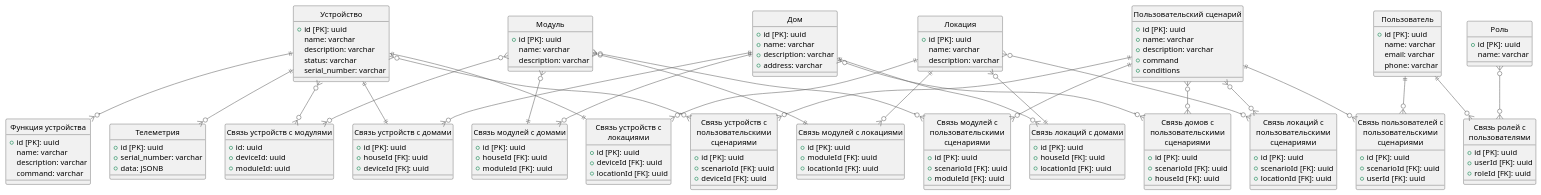
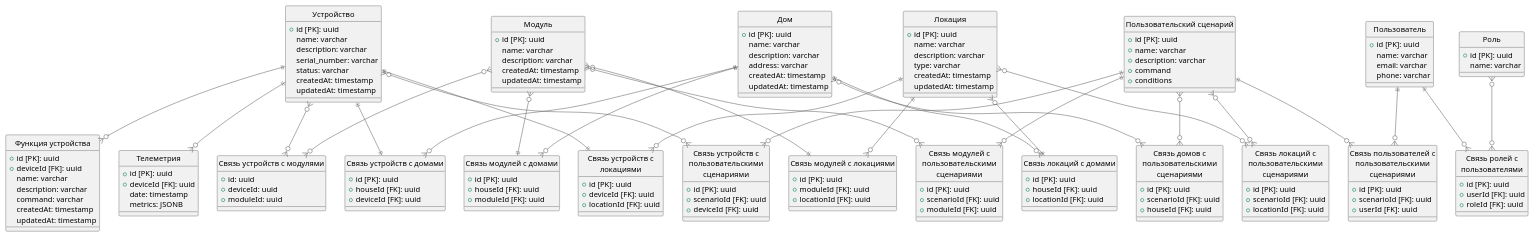
One commit to xSparKIx/architecture-pro-warmhouse changed the diagram in diagrams/ER/er.puml. Above: the diagram before and after it, drawn with PlantUML. The commit also changed 29 other files, not shown here.

```diff
--- a/diagrams/ER/er.puml
+++ b/diagrams/ER/er.puml
@@ -1,183 +1,194 @@
 @startuml Er diagram
 
 hide circle
 
 !include ../templates/C4_Component.puml
 
 ' Сущности
 entity "Устройство" as Device {
     + id [PK]: uuid
     name: varchar
     description: varchar
+    serial_number: varchar
     status: varchar
-    serial_number: varchar
+    createdAt: timestamp
+    updatedAt: timestamp
 }
 
 entity "Функция устройства" as DeviceFunction {
     + id [PK]: uuid
+    + deviceId [FK]: uuid
     name: varchar
     description: varchar
     command: varchar
+    createdAt: timestamp
+    updatedAt: timestamp
 }
 
 entity "Модуль" as Module {
     + id [PK]: uuid
     name: varchar
     description: varchar
+    createdAt: timestamp
+    updatedAt: timestamp
 }
 
 entity "Связь устройств с модулями" as DMRelation {
     + id: uuid
     + deviceId: uuid
     + moduleId: uuid
 }
 
 entity "Телеметрия" as Telemetry {
     + id [PK]: uuid
-    + serial_number: varchar
-    + data: JSONB
+    + deviceId [FK]: uuid
+    date: timestamp
+    metrics: JSONB
 }
 
 entity "Пользователь" as User {  
     + id [PK]: uuid
     name: varchar
     email: varchar
     phone: varchar
 }
 
 entity "Роль" as Role {  
     + id [PK]: uuid
     name: varchar
 }
 
 entity "Связь ролей с пользователями" as RURelation {
     + id [PK]: uuid
     + userId [FK]: uuid
     + roleId [FK]: uuid
 }
 
 entity "Дом" as House {
     + id [PK]: uuid
-    + name: varchar
-    + description: varchar
-    + address: varchar
+    name: varchar
+    description: varchar
+    address: varchar
+    createdAt: timestamp
+    updatedAt: timestamp
 }
 
 entity "Связь локаций с домами" as LHRelation {
     + id [PK]: uuid
     + houseId [FK]: uuid
     + locationId [FK]: uuid
 }
 
 entity "Связь модулей с домами" as MHRelation {
     + id [PK]: uuid
     + houseId [FK]: uuid
     + moduleId [FK]: uuid
 }
 
 entity "Связь устройств с домами" as DHRelation {
     + id [PK]: uuid
     + houseId [FK]: uuid
     + deviceId [FK]: uuid
 }
 
 entity "Локация" as Location {
     + id [PK]: uuid
     name: varchar
     description: varchar
+    type: varchar
+    createdAt: timestamp
+    updatedAt: timestamp
 }
 
 entity "Связь модулей с локациями" as MLRelation {
     + id [PK]: uuid
     + moduleId [FK]: uuid
     + locationId [FK]: uuid
 }
 
 entity "Связь устройств с локациями" as DLRelation {
     + id [PK]: uuid
     + deviceId [FK]: uuid
     + locationId [FK]: uuid
 }
 
 ' @todo conditions и command должны быть других типов и вообще условия должны быть в отдельной таблице
 ' @todo и тогда в схеме C4 их тоже надо будет прописать
 entity "Пользовательский сценарий" as Scenario {
     + id [PK]: uuid
     + name: varchar
     + description: varchar
     + command
     + conditions
 }
 
 entity "Связь домов с пользовательскими сценариями" as HSRelation {
     + id [PK]: uuid
     + scenarioId [FK]: uuid
     + houseId [FK]: uuid
 }
 
 entity "Связь локаций с пользовательскими сценариями" as LSRelation {
     + id [PK]: uuid
     + scenarioId [FK]: uuid
     + locationId [FK]: uuid
 }
 
 entity "Связь модулей с пользовательскими сценариями" as MSRelation {
     + id [PK]: uuid
     + scenarioId [FK]: uuid
     + moduleId [FK]: uuid
 }
 
 entity "Связь устройств с пользовательскими сценариями" as DSRelation {
     + id [PK]: uuid
     + scenarioId [FK]: uuid
     + deviceId [FK]: uuid
 }
 
 entity "Связь пользователей с пользовательскими сценариями" as USRelation {
     + id [PK]: uuid
     + scenarioId [FK]: uuid
     + userId [FK]: uuid
 }
 
 ' Связи устройств
 Device ||--o{ DeviceFunction
 Device }o--o{ DMRelation
 Device ||--o{ Telemetry
 Device ||--|| DHRelation
 Device ||--|| DLRelation
 Device }o--o{ DSRelation
 
 ' Связи модулей
 Module }o--o{ DMRelation
 Module }o--|| MHRelation
 Module }o--|| MLRelation
 Module }o--o{ MSRelation
 
 ' Связи пользователей
 User ||--o{ RURelation
 User ||--o{ USRelation
 
 ' Связи ролей
 Role }o--o{ RURelation
 
 ' Связи домов
 House ||--o{ LHRelation
 House ||--o{ MHRelation
 House ||--o{ DHRelation
 House }o--o{ HSRelation
 
 ' Связи локаций
-' @todo Одна локация не может быть в двух разных домах
-' @todo Проверить связь локаций с домами
 Location }o--|| LHRelation
 Location ||--o{ MLRelation
 Location ||--o{ DLRelation
 Location }o--o{ LSRelation
 
 ' Связи пользовательских сценариев
 Scenario }o--o{ HSRelation
 Scenario }o--o{ LSRelation
 Scenario ||--o{ MSRelation
 Scenario ||--o{ DSRelation
 Scenario ||--o{ USRelation
 @enduml
```
